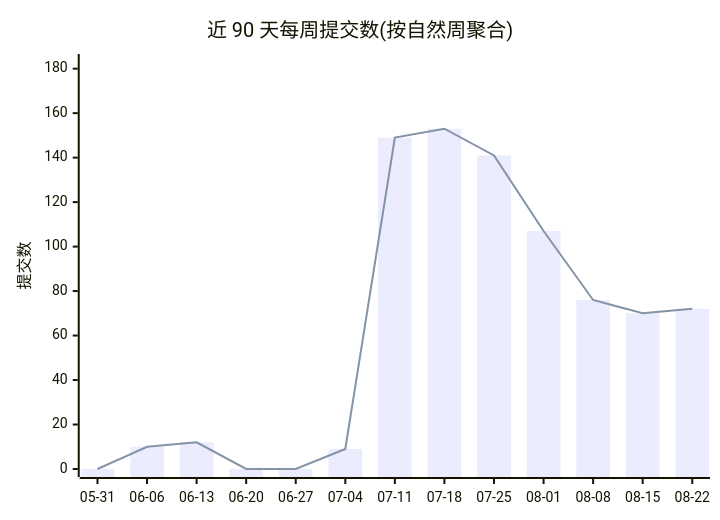
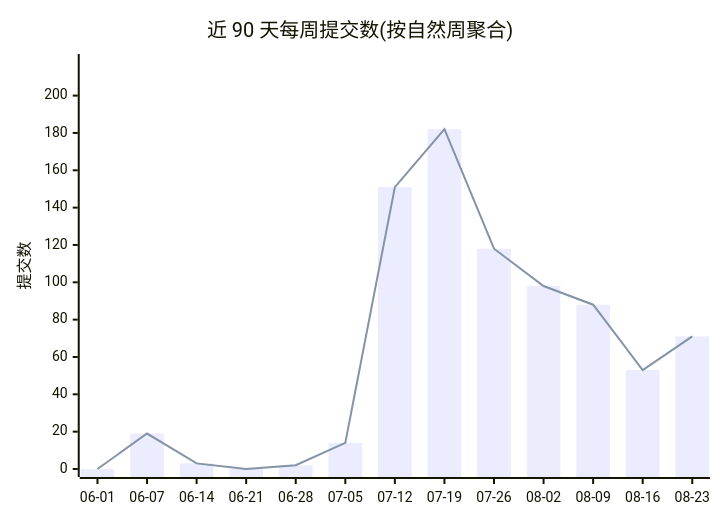
The first of 2 diagrams in profile/README.md (Conflux-Union/.github), drawn with Mermaid before and after one commit. The commit also changed other lines of this file and 1 other file, not shown here.

Commit message:
chore(stats): refresh org commit stats

````diff
--- a/profile/README.md
+++ b/profile/README.md
@@ -44,8 +44,8 @@
 ```mermaid
 xychart-beta
     title "近 90 天每周提交数(按自然周聚合)"
-    x-axis ["05-31", "06-06", "06-13", "06-20", "06-27", "07-04", "07-11", "07-18", "07-25", "08-01", "08-08", "08-15", "08-22"]
-    y-axis "提交数" 0 --> 183
-    bar [0, 10, 12, 0, 0, 9, 149, 153, 141, 107, 76, 70, 72]
-    line [0, 10, 12, 0, 0, 9, 149, 153, 141, 107, 76, 70, 72]
+    x-axis ["06-01", "06-07", "06-14", "06-21", "06-28", "07-05", "07-12", "07-19", "07-26", "08-02", "08-09", "08-16", "08-23"]
+    y-axis "提交数" 0 --> 218
+    bar [0, 19, 3, 0, 2, 14, 151, 182, 118, 98, 88, 53, 71]
+    line [0, 19, 3, 0, 2, 14, 151, 182, 118, 98, 88, 53, 71]
 ```
````
